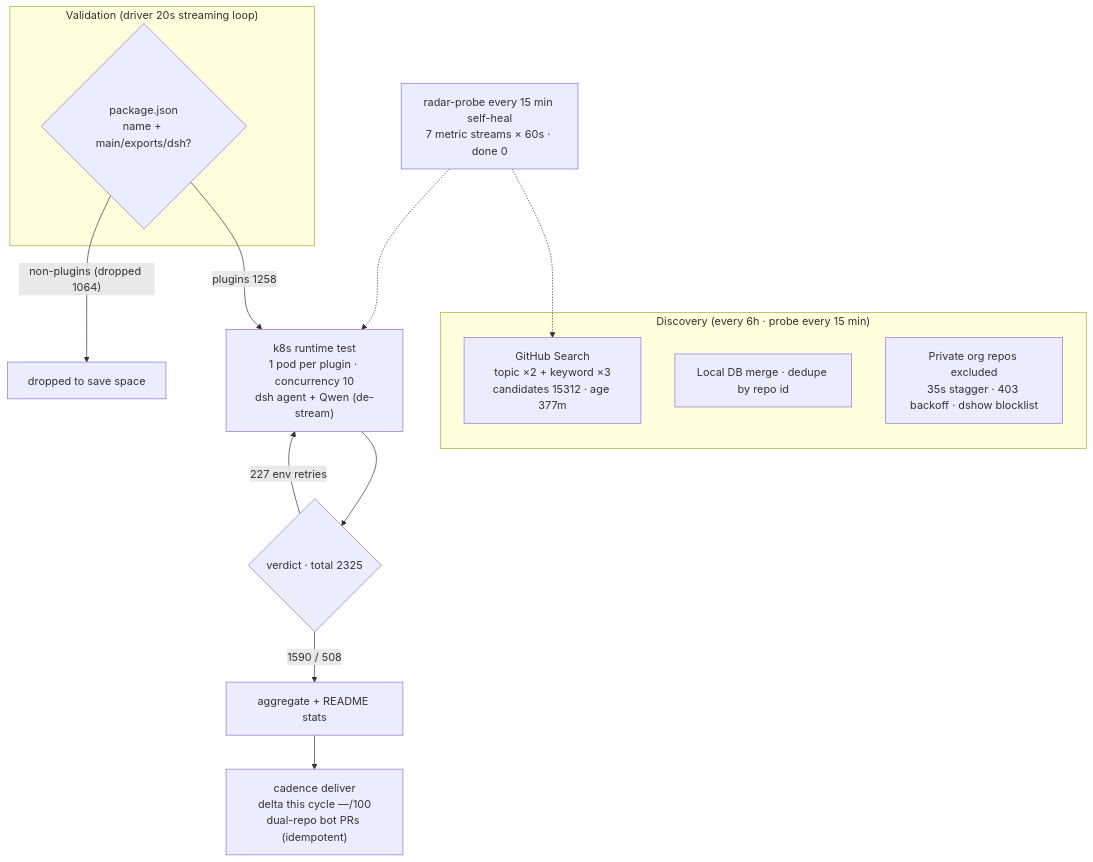
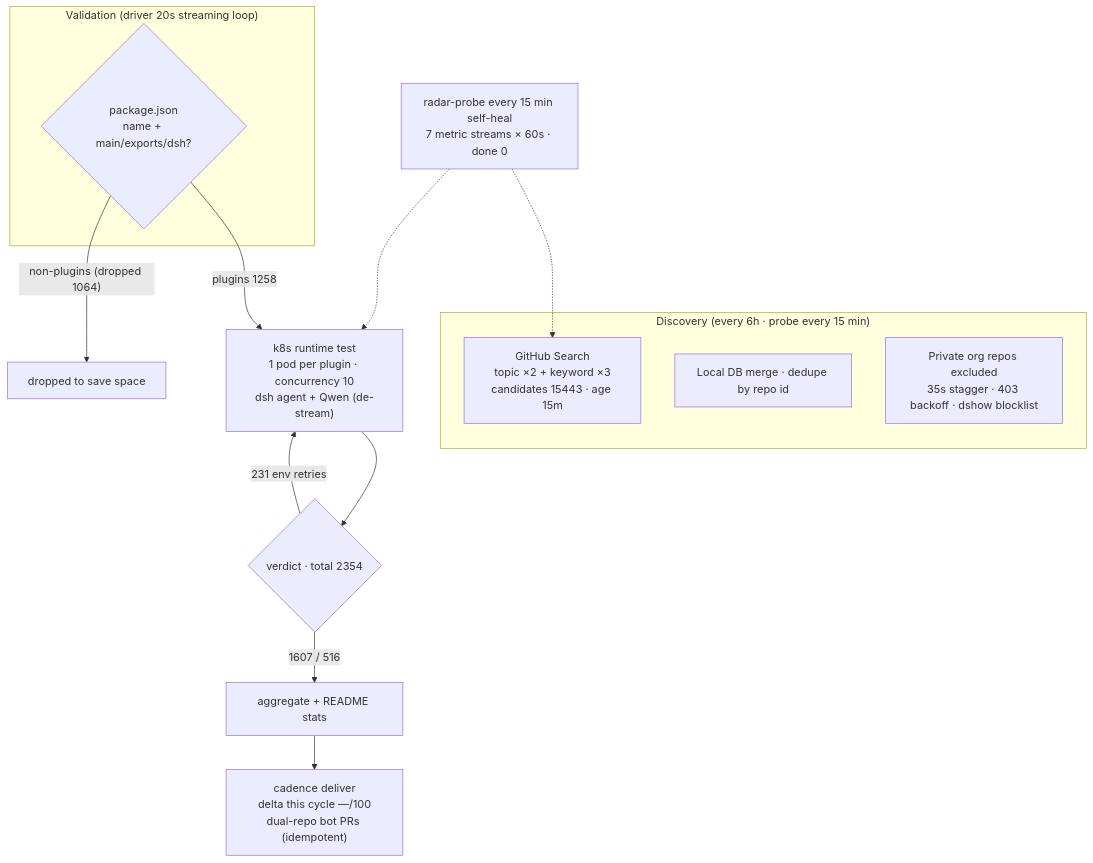
The diagram in README.en-US.md (AdamPlatin123/awesome-dsh-plugins), drawn with Mermaid before and after one commit. The commit also changed other lines of this file and 5 other files, not shown here.

````diff
--- a/README.en-US.md
+++ b/README.en-US.md
@@ -30,20 +30,20 @@
 ```mermaid
 flowchart TB
     subgraph Discovery["Discovery (every 6h · probe every 15 min)"]
-        A1["GitHub Search<br/>topic ×2 + keyword ×3<br/>candidates 15312 · age 377m"]
+        A1["GitHub Search<br/>topic ×2 + keyword ×3<br/>candidates 15443 · age 15m"]
         A2["Local DB merge · dedupe by repo id"]
         A3["Private org repos excluded<br/>35s stagger · 403 backoff · dshow blocklist"]
     end
     subgraph Validation["Validation (driver 20s streaming loop)"]
         B1{"package.json<br/>name + main/exports/dsh?"}
     end
     B1 -->|"plugins 1258"| C1["k8s runtime test<br/>1 pod per plugin · concurrency 10<br/>dsh agent + Qwen (de-stream)"]
     B1 -->|"non-plugins (dropped 1064)"| B3["dropped to save space"]
-    C1 --> D1{"verdict · total 2325"}
-    D1 -->|"1590 / 508"| E1["aggregate + README stats"]
-    D1 -->|"227 env retries"| C1
+    C1 --> D1{"verdict · total 2354"}
+    D1 -->|"1607 / 516"| E1["aggregate + README stats"]
+    D1 -->|"231 env retries"| C1
     E1 --> E2["cadence deliver<br/>delta this cycle —/100<br/>dual-repo bot PRs (idempotent)"]
     M["radar-probe every 15 min self-heal<br/>7 metric streams × 60s · done 0"]
     M -.-> A1
     M -.-> C1
 ```
````
